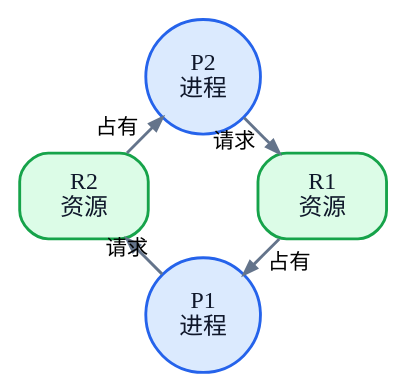
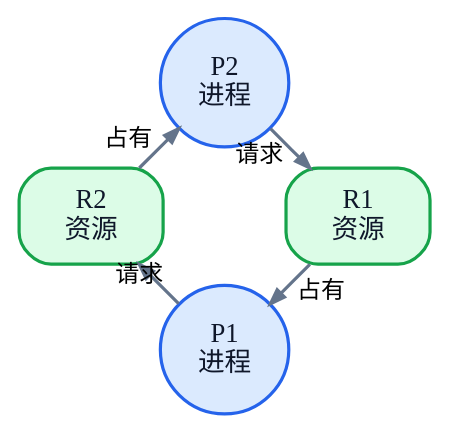
The diagram in 01_综合知识/01_计算机基础知识/02_操作系统/死锁与银行家算法.md (74262195/system-architect-notes), drawn with Graphviz before and after one commit. The commit also changed 2 other files, not shown here.

Commit message:
限制小型Graphviz图画布尺寸

````diff
--- a/01_综合知识/01_计算机基础知识/02_操作系统/死锁与银行家算法.md
+++ b/01_综合知识/01_计算机基础知识/02_操作系统/死锁与银行家算法.md
@@ -93,18 +93,18 @@
 ```dot
 digraph ResourceAllocationGraph {
-  graph [layout=circo, bgcolor="transparent", pad=0.05, margin=0, nodesep=0.15, overlap=false, ratio=compress]
+  graph [layout=circo, bgcolor="transparent", pad=0.05, margin=0, nodesep=0.15, overlap=false, ratio=compress, size="2.5,2.5!"]
   node [fontname="PingFang SC", fontsize=10, style="filled", penwidth=1.2, color="#334155", fontcolor="#0F172A", margin="0.1,0.06"]
   edge [fontname="PingFang SC", fontsize=9, color="#64748B", penwidth=1.2, arrowsize=0.55]
 
   P1 [label="P1\n进程", shape=circle, fillcolor="#DBEAFE", color="#2563EB"]
   P2 [label="P2\n进程", shape=circle, fillcolor="#DBEAFE", color="#2563EB"]
   R1 [label="R1\n资源", shape=box, style="rounded,filled", fillcolor="#DCFCE7", color="#16A34A"]
   R2 [label="R2\n资源", shape=box, style="rounded,filled", fillcolor="#DCFCE7", color="#16A34A"]
 
   P1 -> R2 [label="请求"]
   R2 -> P2 [label="占有"]
   P2 -> R1 [label="请求"]
   R1 -> P1 [label="占有"]
 
 }
 ```
````
